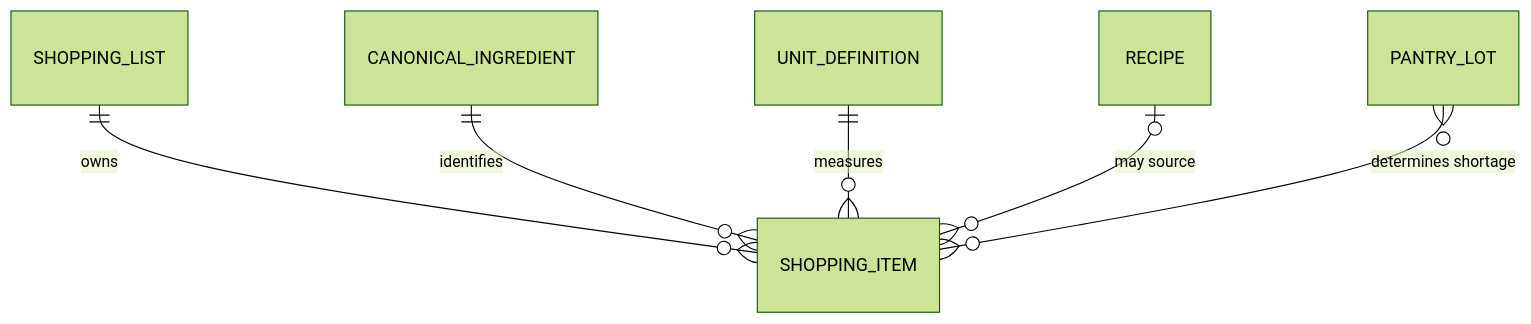
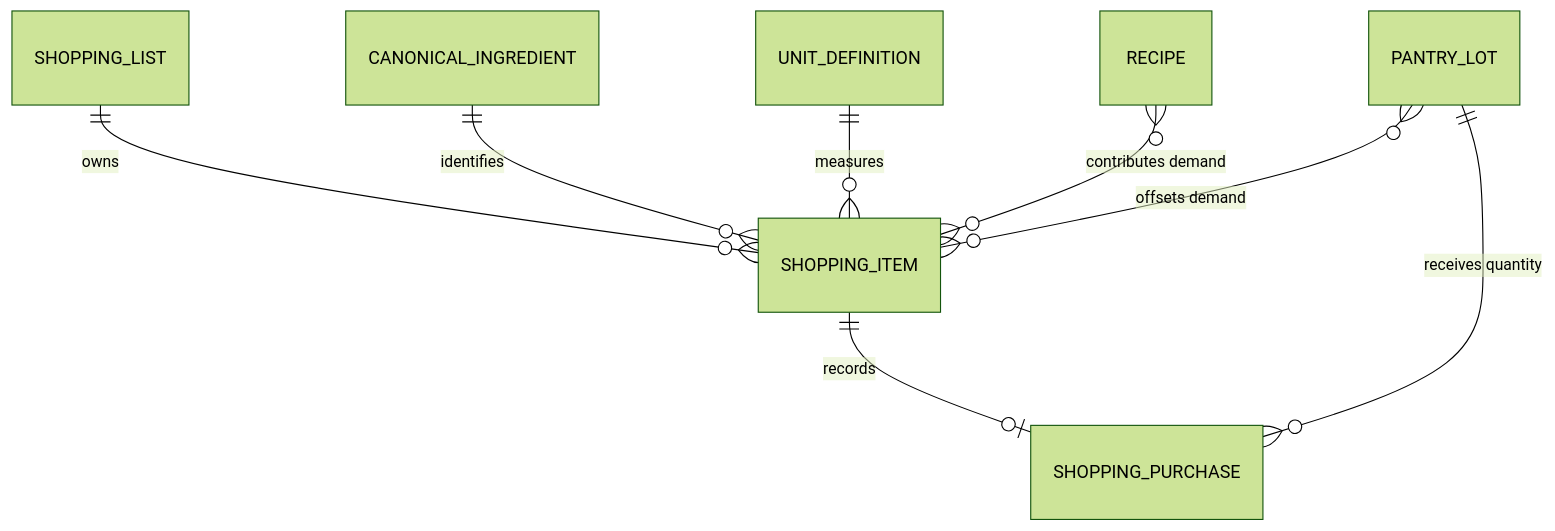
One commit to kobv99/KinRaiDee changed the first of 3 diagrams in docs/11_SHOPPING_FOUNDATION_DOMAIN.md. Above: the diagram before and after it, drawn with Mermaid (forest theme). The commit also changed other lines of this file and 21 other files, not shown here.

````diff
--- a/docs/11_SHOPPING_FOUNDATION_DOMAIN.md
+++ b/docs/11_SHOPPING_FOUNDATION_DOMAIN.md
@@ -81,8 +56,10 @@
 ```mermaid
 erDiagram
     SHOPPING_LIST ||--o{ SHOPPING_ITEM : "owns"
+    SHOPPING_ITEM ||--o| SHOPPING_PURCHASE : "records"
     CANONICAL_INGREDIENT ||--o{ SHOPPING_ITEM : "identifies"
     UNIT_DEFINITION ||--o{ SHOPPING_ITEM : "measures"
-    RECIPE o|--o{ SHOPPING_ITEM : "may source"
-    PANTRY_LOT o{--o{ SHOPPING_ITEM : "determines shortage"
+    RECIPE o{--o{ SHOPPING_ITEM : "contributes demand"
+    PANTRY_LOT o{--o{ SHOPPING_ITEM : "offsets demand"
+    PANTRY_LOT ||--o{ SHOPPING_PURCHASE : "receives quantity"
 ```
````
